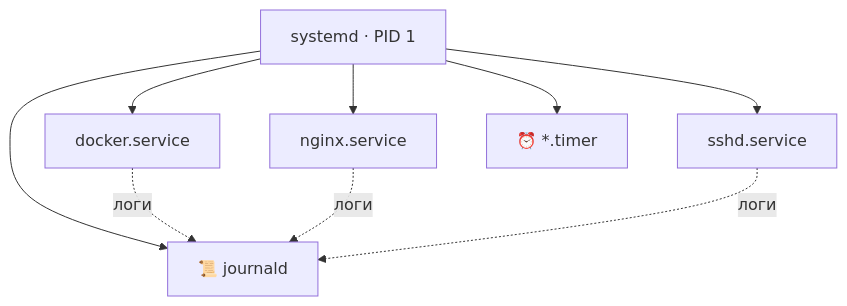
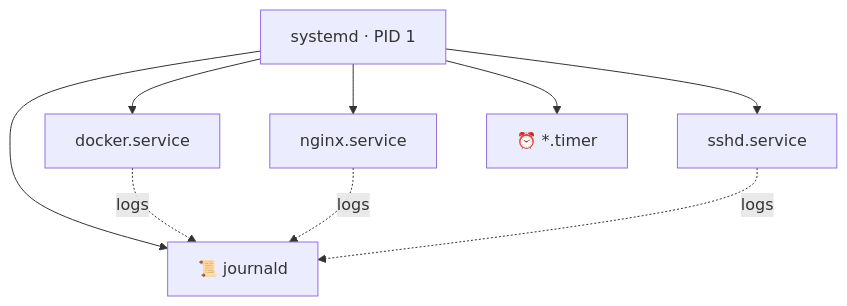
The seventh of 13 diagrams in commands.md (andriyevski/python-learning-portfolio), drawn with Mermaid before and after one commit. The commit also changed other lines of this file and 3 other files, not shown here.

````diff
--- a/commands.md
+++ b/commands.md
@@ -365,11 +370,11 @@
 ```mermaid
 graph TD
     SD["systemd · PID 1"] --> A["docker.service"]
     SD --> B["nginx.service"]
     SD --> C["sshd.service"]
     SD --> T["⏰ *.timer"]
     SD --> J["📜 journald"]
-    A -. логи .-> J
-    B -. логи .-> J
-    C -. логи .-> J
+    A -. logs .-> J
+    B -. logs .-> J
+    C -. logs .-> J
 ```
````
